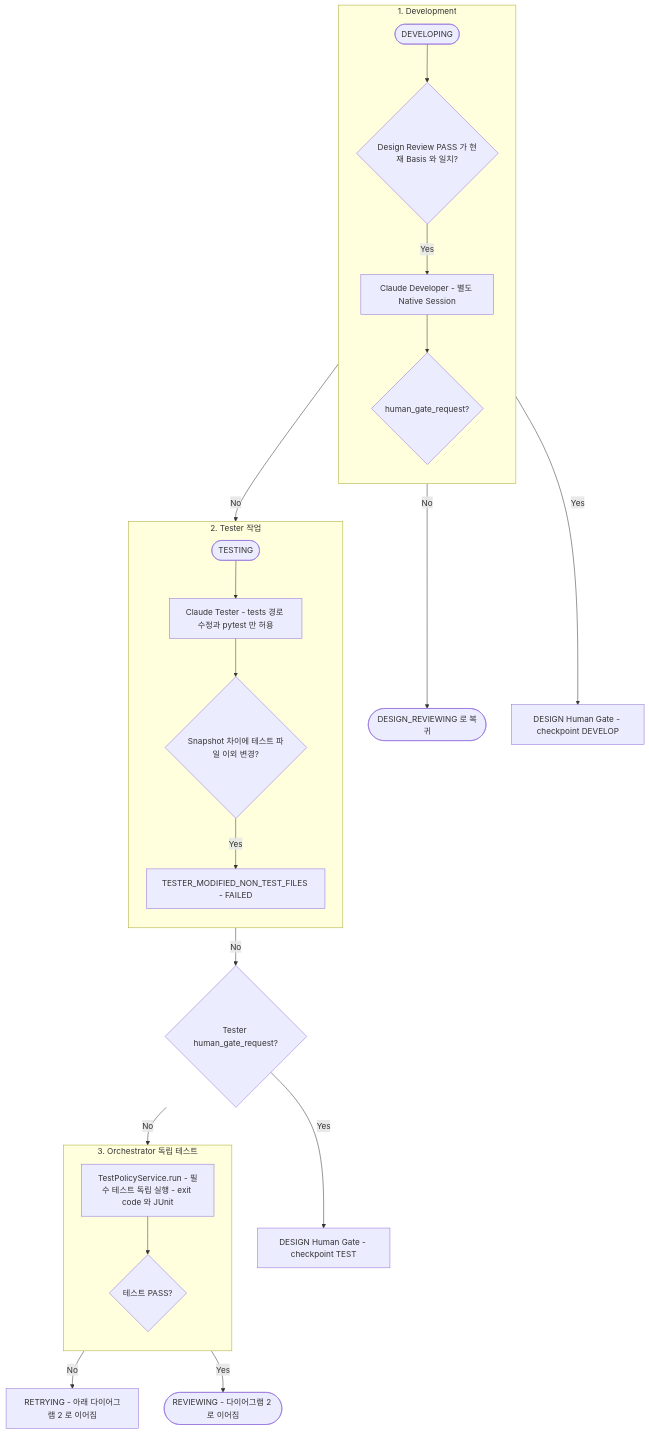
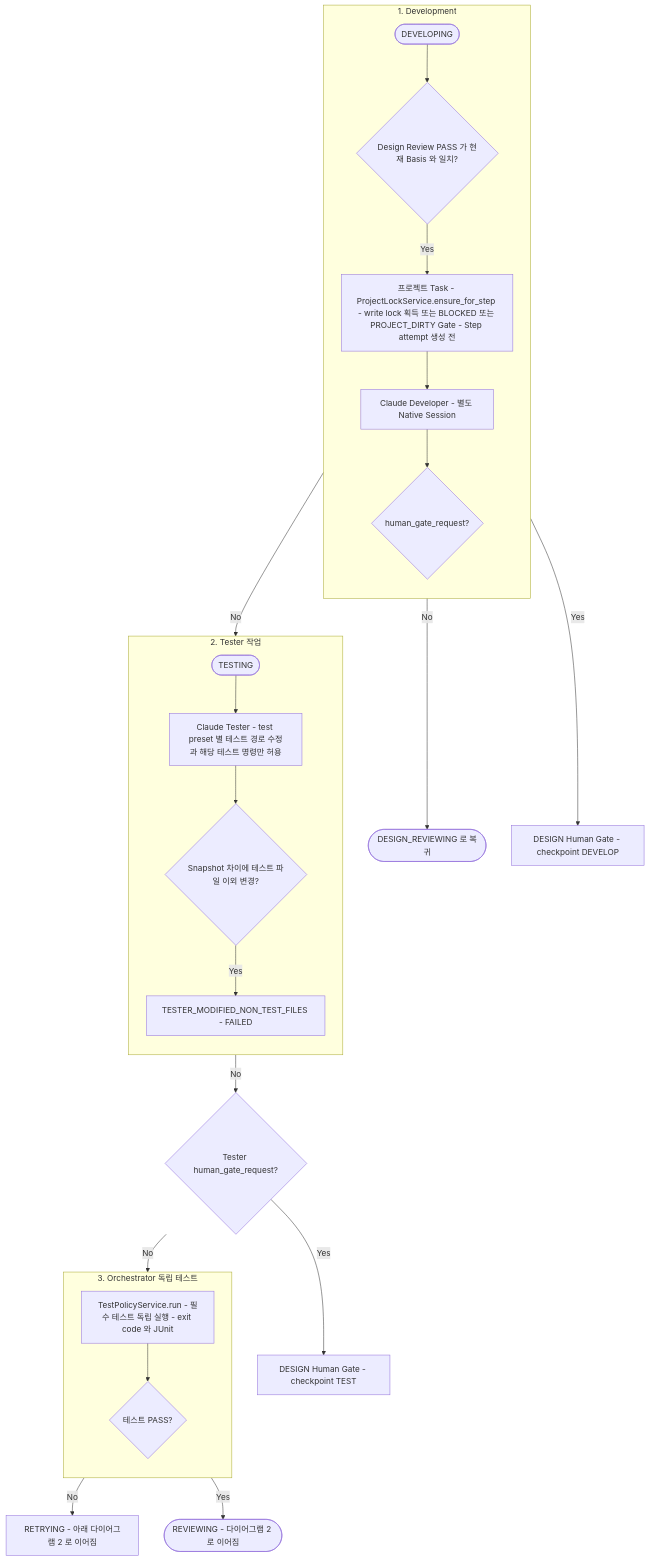
One commit to mdgome/orchestra-ai changed the first of 2 diagrams in docs/workflow/05-development-testing.md. Above: the diagram before and after it, drawn with Mermaid. The commit also changed other lines of this file and 13 other files, not shown here.

````diff
--- a/docs/workflow/05-development-testing.md
+++ b/docs/workflow/05-development-testing.md
@@ -11,36 +11,37 @@
 ```mermaid
 flowchart TD
     subgraph DEVELOPMENT["1. Development"]
         direction TB
         A(["DEVELOPING"]) --> B{"Design Review PASS 가 현재 Basis 와 일치?"}
-        B -->|"Yes"| C["Claude Developer - 별도 Native Session"]
+        B -->|"Yes"| PG["프로젝트 Task - ProjectLockService.ensure_for_step - write lock 획득 또는 BLOCKED 또는 PROJECT_DIRTY Gate - Step attempt 생성 전"]
+        PG --> C["Claude Developer - 별도 Native Session"]
         C --> D{"human_gate_request?"}
     end
 
     subgraph TESTER["2. Tester 작업"]
         direction TB
-        T(["TESTING"]) --> E["Claude Tester - tests 경로 수정과 pytest 만 허용"]
+        T(["TESTING"]) --> E["Claude Tester - test preset 별 테스트 경로 수정과 해당 테스트 명령만 허용"]
         E --> F{"Snapshot 차이에 테스트 파일 이외 변경?"}
         F -->|"Yes"| PV["TESTER_MODIFIED_NON_TEST_FILES - FAILED"]
     end
 
     subgraph ORCH["3. Orchestrator 독립 테스트"]
         direction TB
         G["TestPolicyService.run - 필수 테스트 독립 실행 - exit code 와 JUnit"] --> H{"테스트 PASS?"}
     end
 
     DR(["DESIGN_REVIEWING 로 복귀"])
     HG["DESIGN Human Gate - checkpoint DEVELOP"]
     HGT["DESIGN Human Gate - checkpoint TEST"]
     RT["RETRYING - 아래 다이어그램 2 로 이어짐"]
     R(["REVIEWING - 다이어그램 2 로 이어짐"])
 
     B -->|"No"| DR
     D -->|"Yes"| HG
     D -->|"No"| T
     F -->|"No"| TG{"Tester human_gate_request?"}
     TG -->|"Yes"| HGT
     TG -->|"No"| G
     H -->|"No"| RT
     H -->|"Yes"| R
 ```
````
